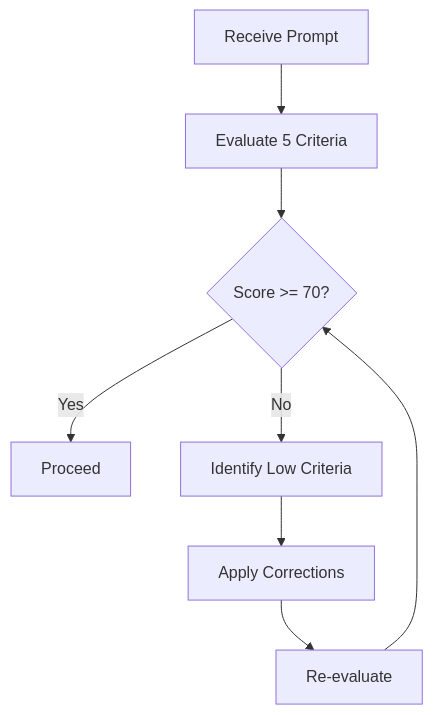
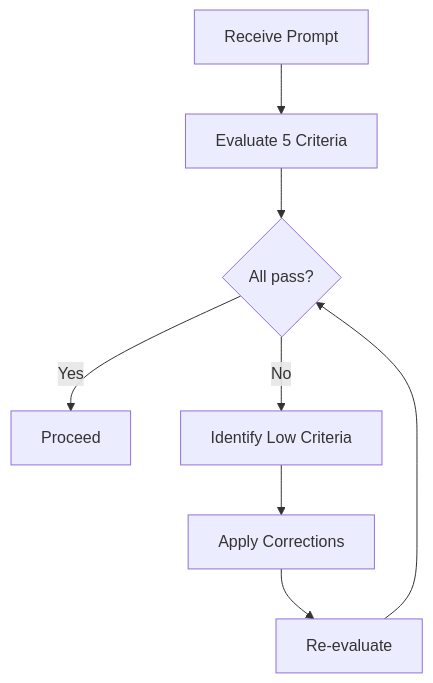
Before and after one commit to MaciWP/poneglyph: the diagram in .claude/skills/prompt-design/improvement-process.md, drawn with Mermaid. The commit also changed other lines of this file and 357 other files, not shown here.

````diff
--- a/.claude/skills/prompt-design/improvement-process.md
+++ b/.claude/skills/prompt-design/improvement-process.md
@@ -7,10 +7,10 @@
 ```mermaid
 graph TD
     A[Receive Prompt] --> B[Evaluate 5 Criteria]
-    B --> C{Score >= 70?}
+    B --> C{All pass?}
     C -->|Yes| D[Proceed]
     C -->|No| E[Identify Low Criteria]
     E --> F[Apply Corrections]
     F --> G[Re-evaluate]
     G --> C
 ```
````
